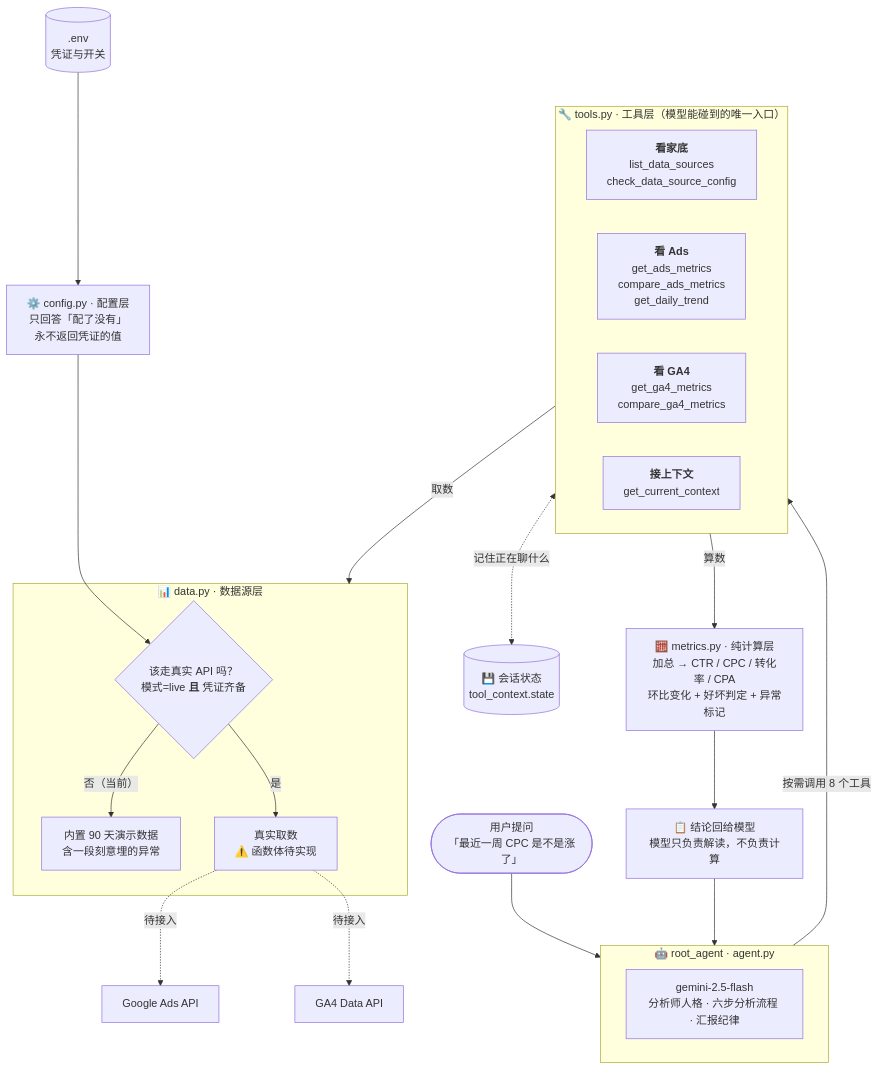
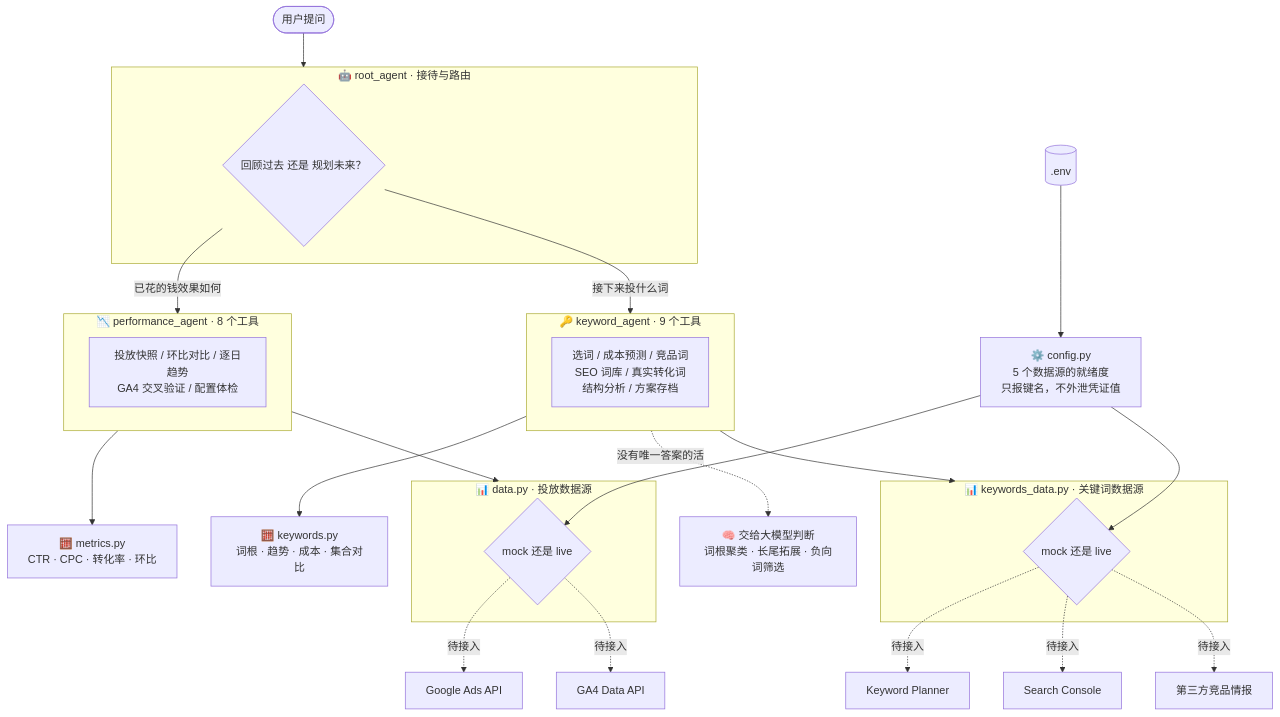
Before and after one commit to JONAS88824/digit_marketing_agent: the diagram in PROJECT_STATUS.md, drawn with Mermaid. The commit also changed other lines of this file and 10 other files, not shown here.

````diff
--- a/PROJECT_STATUS.md
+++ b/PROJECT_STATUS.md
@@ -24,36 +29,44 @@
 ```mermaid
 flowchart TB
-    User(["用户提问<br/>「最近一周 CPC 是不是涨了」"]) --> Agent
+    User(["用户提问"]) --> Root
 
-    subgraph Agent["🤖 root_agent · agent.py"]
-        Brain["gemini-2.5-flash<br/>分析师人格 · 六步分析流程 · 汇报纪律"]
+    subgraph Root["🤖 root_agent · 接待与路由"]
+        Route{"回顾过去 还是 规划未来？"}
     end
 
-    Agent -->|"按需调用 8 个工具"| Tools
+    Route -->|"已花的钱效果如何"| Perf
+    Route -->|"接下来投什么词"| Kw
 
-    subgraph Tools["🔧 tools.py · 工具层（模型能碰到的唯一入口）"]
-        direction LR
-        T1["<b>看家底</b><br/>list_data_sources<br/>check_data_source_config"]
-        T2["<b>看 Ads</b><br/>get_ads_metrics<br/>compare_ads_metrics<br/>get_daily_trend"]
-        T3["<b>看 GA4</b><br/>get_ga4_metrics<br/>compare_ga4_metrics"]
-        T4["<b>接上下文</b><br/>get_current_context"]
+    subgraph Perf["📉 performance_agent · 8 个工具"]
+        P1["投放快照 / 环比对比 / 逐日趋势<br/>GA4 交叉验证 / 配置体检"]
     end
 
-    Tools -->|"算数"| Metrics["🧮 metrics.py · 纯计算层<br/>加总 → CTR / CPC / 转化率 / CPA<br/>环比变化 + 好坏判定 + 异常标记"]
-    Tools -->|"取数"| Data
-    Tools <-.->|"记住正在聊什么"| State[("💾 会话状态<br/>tool_context.state")]
-
-    subgraph Data["📊 data.py · 数据源层"]
-        Switch{"该走真实 API 吗？<br/>模式=live <b>且</b> 凭证齐备"}
-        Switch -->|"否（当前）"| Mock["内置 90 天演示数据<br/>含一段刻意埋的异常"]
-        Switch -->|"是"| Live["真实取数<br/>⚠️ 函数体待实现"]
+    subgraph Kw["🔑 keyword_agent · 9 个工具"]
+        K1["选词 / 成本预测 / 竞品词<br/>SEO 词库 / 真实转化词<br/>结构分析 / 方案存档"]
     end
 
-    Config["⚙️ config.py · 配置层<br/>只回答「配了没有」<br/>永不返回凭证的值"] --> Switch
-    Env[(".env<br/>凭证与开关")] --> Config
-    Live -.->|"待接入"| ExtAds["Google Ads API"]
-    Live -.->|"待接入"| ExtGA4["GA4 Data API"]
+    Perf --> CalcA["🧮 metrics.py<br/>CTR · CPC · 转化率 · 环比"]
+    Kw --> CalcB["🧮 keywords.py<br/>词根 · 趋势 · 成本 · 集合对比"]
+    Kw -.->|"没有唯一答案的活"| Brain["🧠 交给大模型判断<br/>词根聚类 · 长尾拓展 · 负向词筛选"]
 
-    Metrics --> Report["📋 结论回给模型<br/>模型只负责解读，不负责计算"]
-    Report --> Agent
+    Perf --> SrcA
+    Kw --> SrcB
+
+    subgraph SrcA["📊 data.py · 投放数据源"]
+        SwA{"mock 还是 live"}
+    end
+
+    subgraph SrcB["📊 keywords_data.py · 关键词数据源"]
+        SwB{"mock 还是 live"}
+    end
+
+    Config["⚙️ config.py<br/>5 个数据源的就绪度<br/>只报键名，不外泄凭证值"] --> SwA
+    Config --> SwB
+    Env[(".env")] --> Config
+
+    SwA -.->|"待接入"| E1["Google Ads API"]
+    SwA -.->|"待接入"| E2["GA4 Data API"]
+    SwB -.->|"待接入"| E3["Keyword Planner"]
+    SwB -.->|"待接入"| E4["Search Console"]
+    SwB -.->|"待接入"| E5["第三方竞品情报"]
 ```
````
